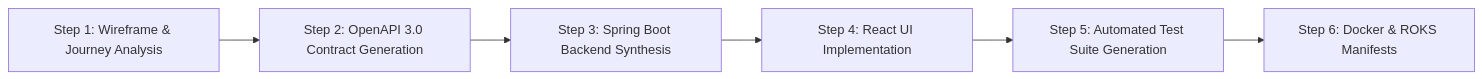
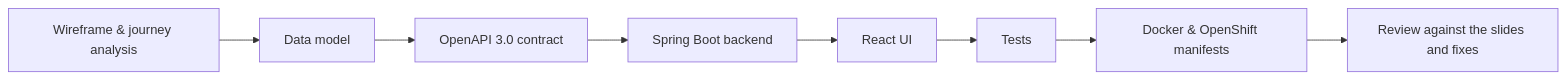
Before and after one commit to chauhanavi21/AI_Specialist_cloud_fullstack: the diagram in SUBMISSION_REPORT.md, drawn with Mermaid. The commit also changed other lines of this file and 1 other file, not shown here.

````diff
--- a/SUBMISSION_REPORT.md
+++ b/SUBMISSION_REPORT.md
@@ -28,8 +29,10 @@
 ```mermaid
 flowchart LR
-    A[Step 1: Wireframe & Journey Analysis] --> B[Step 2: OpenAPI 3.0 Contract Generation]
-    B --> C[Step 3: Spring Boot Backend Synthesis]
-    C --> D[Step 4: React UI Implementation]
-    D --> E[Step 5: Automated Test Suite Generation]
-    E --> F[Step 6: Docker & ROKS Manifests]
+    A[Wireframe & journey analysis] --> B[Data model]
+    B --> C[OpenAPI 3.0 contract]
+    C --> D[Spring Boot backend]
+    D --> E[React UI]
+    E --> F[Tests]
+    F --> G[Docker & OpenShift manifests]
+    G --> H[Review against the slides and fixes]
 ```
````
